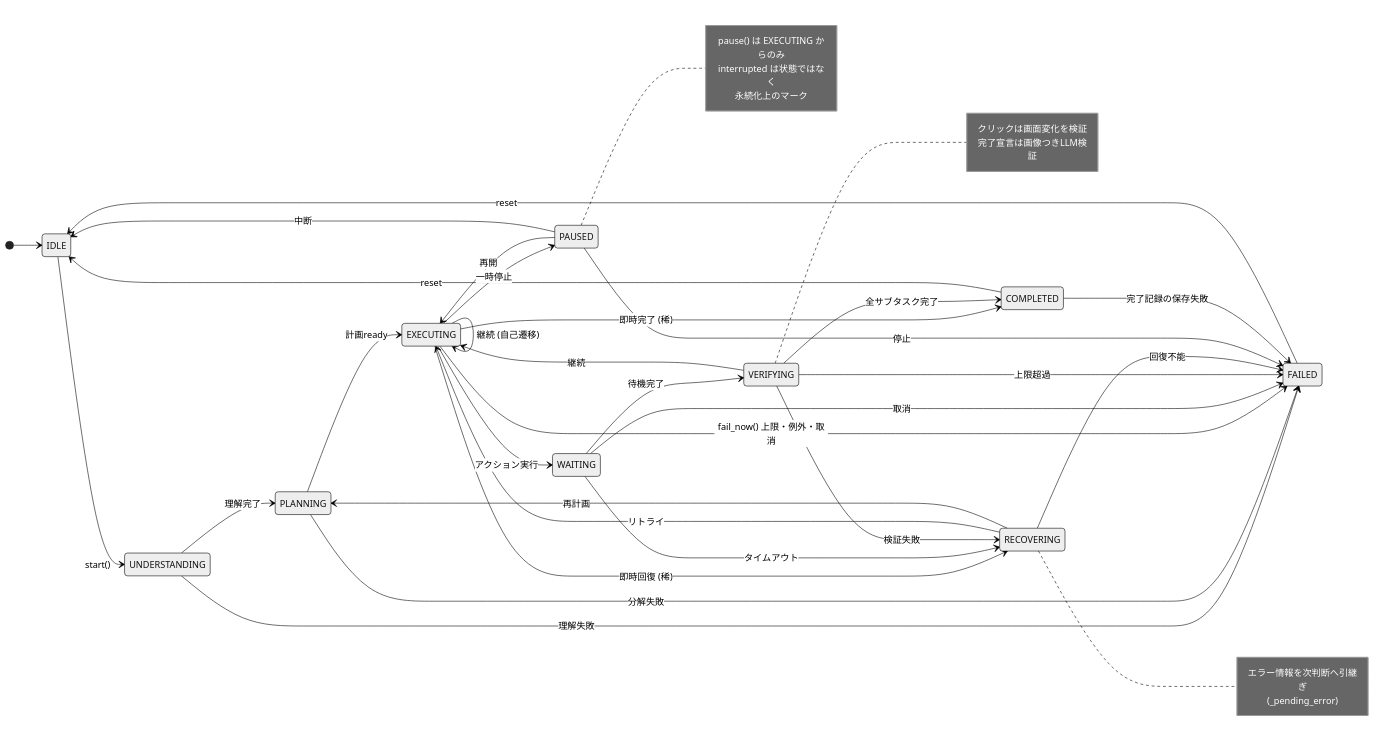
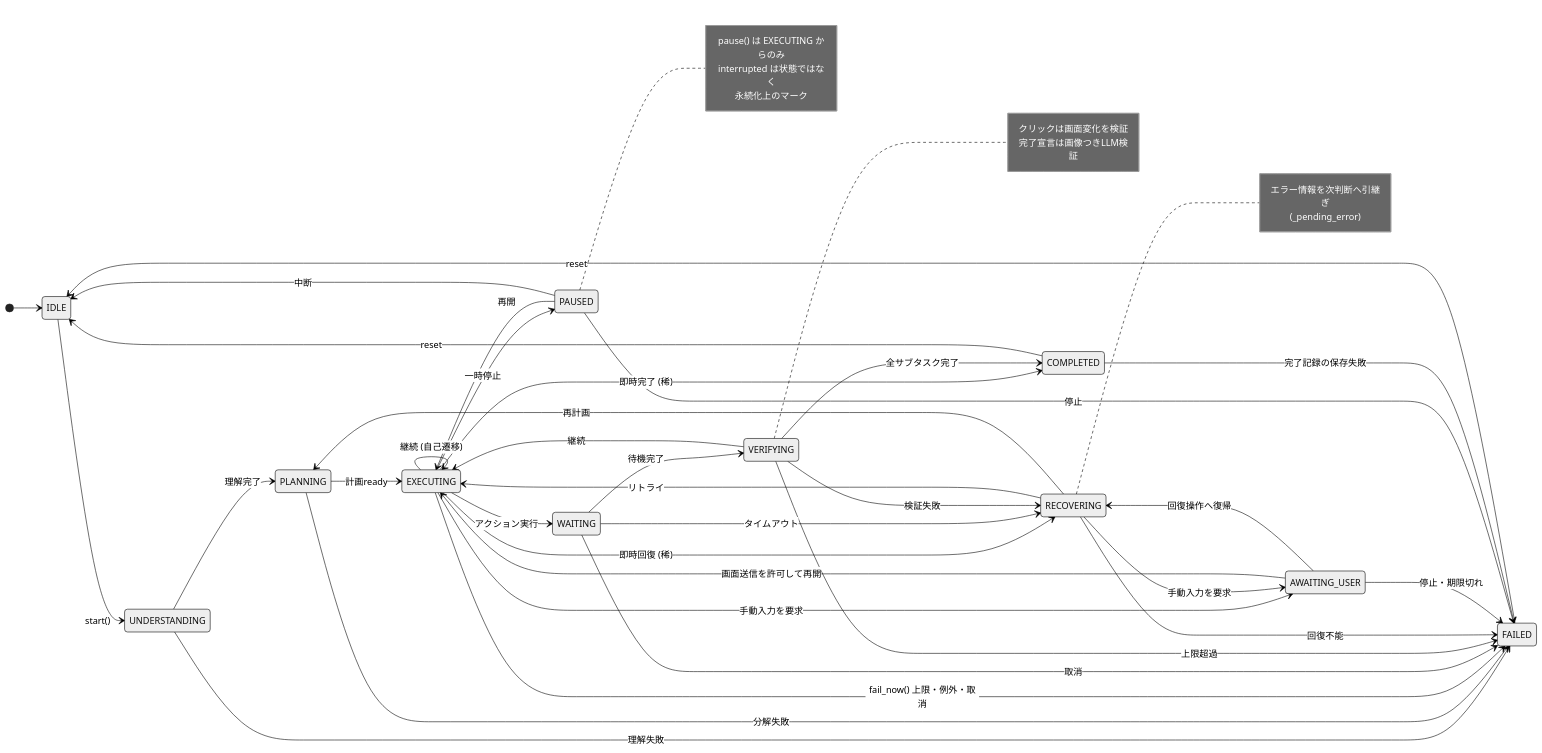
Before and after one commit to Milix-M/ai-desktop-agent: the second of 4 diagrams in docs/architecture.md, drawn with Mermaid (neutral theme). The commit also changed other lines of this file and 3 other files, not shown here.

````diff
--- a/docs/architecture.md
+++ b/docs/architecture.md
@@ -149,48 +151,53 @@
 ```mermaid
 stateDiagram-v2
     direction LR
     [*] --> IDLE
     IDLE --> UNDERSTANDING : start()
     UNDERSTANDING --> PLANNING : 理解完了
     UNDERSTANDING --> FAILED : 理解失敗
     PLANNING --> EXECUTING : 計画ready
     PLANNING --> FAILED : 分解失敗
     EXECUTING --> WAITING : アクション実行
     EXECUTING --> EXECUTING : 継続 (自己遷移)
     EXECUTING --> PAUSED : 一時停止
+    EXECUTING --> AWAITING_USER : 手動入力を要求
     EXECUTING --> FAILED : fail_now() 上限・例外・取消
     EXECUTING --> RECOVERING : 即時回復 (稀)
     EXECUTING --> COMPLETED : 即時完了 (稀)
     WAITING --> VERIFYING : 待機完了
     WAITING --> RECOVERING : タイムアウト
     WAITING --> FAILED : 取消
     VERIFYING --> EXECUTING : 継続
     VERIFYING --> COMPLETED : 全サブタスク完了
     VERIFYING --> RECOVERING : 検証失敗
     VERIFYING --> FAILED : 上限超過
     RECOVERING --> EXECUTING : リトライ
     RECOVERING --> PLANNING : 再計画
     RECOVERING --> FAILED : 回復不能
+    RECOVERING --> AWAITING_USER : 手動入力を要求
+    AWAITING_USER --> EXECUTING : 画面送信を許可して再開
+    AWAITING_USER --> RECOVERING : 回復操作へ復帰
+    AWAITING_USER --> FAILED : 停止・期限切れ
     PAUSED --> EXECUTING : 再開
     PAUSED --> IDLE : 中断
     PAUSED --> FAILED : 停止
     COMPLETED --> IDLE : reset
     COMPLETED --> FAILED : 完了記録の保存失敗
     FAILED --> IDLE : reset
 
     note right of VERIFYING
         クリックは画面変化を検証
         完了宣言は画像つきLLM検証
     end note
 
     note right of RECOVERING
         エラー情報を次判断へ引継ぎ
         (_pending_error)
     end note
 
     note right of PAUSED
         pause() は EXECUTING からのみ
         interrupted は状態ではなく
         永続化上のマーク
     end note
 ```
````
